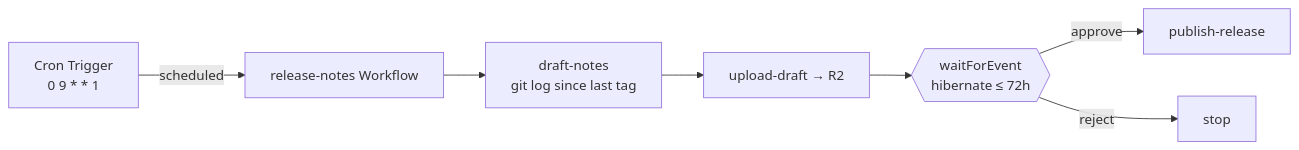
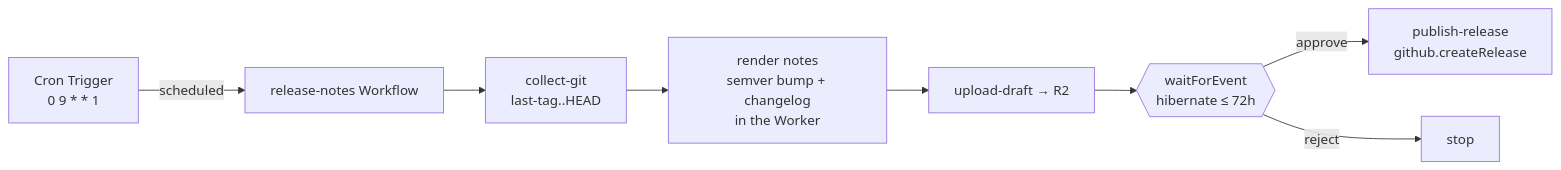
One commit to OpenHackersClub/flare-dispatch changed the diagram in recipes/release-notes/README.md. Above: the diagram before and after it, drawn with Mermaid. The commit also changed other lines of this file and 15 other files, not shown here.

First line of the commit message:
feat(release-notes): make the weekly release-notes run real

````diff
--- a/recipes/release-notes/README.md
+++ b/recipes/release-notes/README.md
@@ -20,9 +22,10 @@
 ```mermaid
 flowchart LR
   CRON[Cron Trigger<br/>0 9 * * 1] -->|scheduled| RN[release-notes Workflow]
-  RN --> D[draft-notes<br/>git log since last tag]
-  D --> U[upload-draft → R2]
+  RN --> D[collect-git<br/>last-tag..HEAD]
+  D --> R[render notes<br/>semver bump + changelog<br/>in the Worker]
+  R --> U[upload-draft → R2]
   U --> W{{waitForEvent<br/>hibernate ≤ 72h}}
-  W -->|approve| P[publish-release]
+  W -->|approve| P[publish-release<br/>github.createRelease]
   W -->|reject| X[stop]
 ```
````
